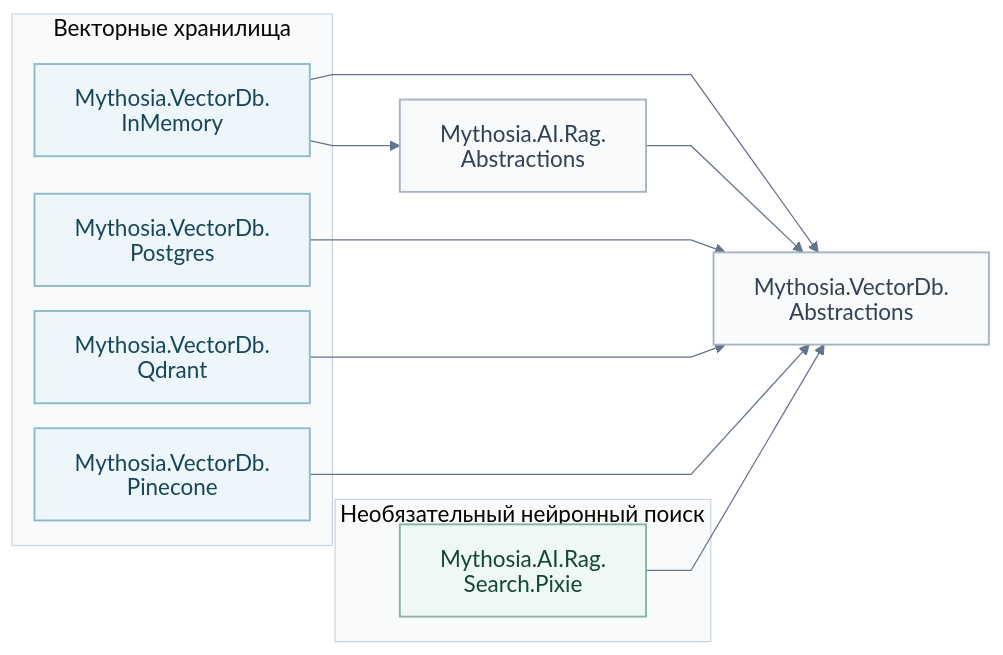
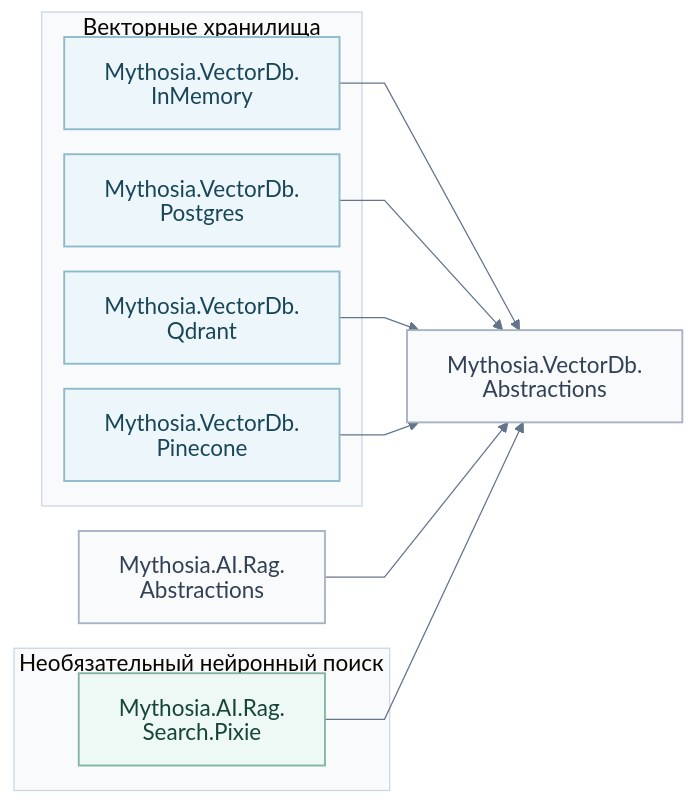
The third of 3 diagrams in docs/ru/README.md (AJ-comp/Mythosia.AI), drawn with Mermaid before and after one commit. The commit also changed other lines of this file and 322 other files, not shown here.

````diff
--- a/docs/ru/README.md
+++ b/docs/ru/README.md
@@ -407,28 +421,27 @@
 ```mermaid
 %%{init: {"theme":"base","look":"classic","htmlLabels":false,"themeVariables":{"fontFamily":"Arial, sans-serif","fontSize":"18px","primaryTextColor":"#172c46","lineColor":"#64748b","clusterBkg":"#f8fafc","clusterBorder":"#cbd5e1"},"flowchart":{"htmlLabels":false,"curve":"linear","nodeSpacing":20,"rankSpacing":36,"padding":16,"wrappingWidth":300},"fontFamily":"Arial, sans-serif","fontSize":18}}%%
 flowchart LR
     subgraph Stores["Векторные хранилища"]
         InMem["Mythosia.VectorDb.<br/>InMemory"]:::store
         Pg["Mythosia.VectorDb.<br/>Postgres"]:::store
         Qd["Mythosia.VectorDb.<br/>Qdrant"]:::store
         Pine["Mythosia.VectorDb.<br/>Pinecone"]:::store
     end
     subgraph Search["Необязательный нейронный поиск"]
         Pixie["Mythosia.AI.Rag.<br/>Search.Pixie"]:::rag
     end
     RagAbs["Mythosia.AI.Rag.<br/>Abstractions"]:::contract
     VdbAbs["Mythosia.VectorDb.<br/>Abstractions"]:::contract
-    InMem --> RagAbs
     InMem --> VdbAbs
     RagAbs --> VdbAbs
     Pg --> VdbAbs
     Qd --> VdbAbs
     Pine --> VdbAbs
     Pixie --> VdbAbs
     classDef core fill:#eff6ff,stroke:#93b4de,color:#172c46,stroke-width:1.5px
     classDef rag fill:#eef8f5,stroke:#83b4a4,color:#164638,stroke-width:1.5px
     classDef extension fill:#f5f0fc,stroke:#b9a4d4,color:#403054,stroke-width:1.5px
     classDef documents fill:#fff8e9,stroke:#d4b879,color:#61491d,stroke-width:1.5px
     classDef store fill:#edf7fb,stroke:#8dbaca,color:#194758,stroke-width:1.5px
     classDef contract fill:#f8fafc,stroke:#a7b2c2,color:#334155,stroke-width:1.5px
 ```
````
